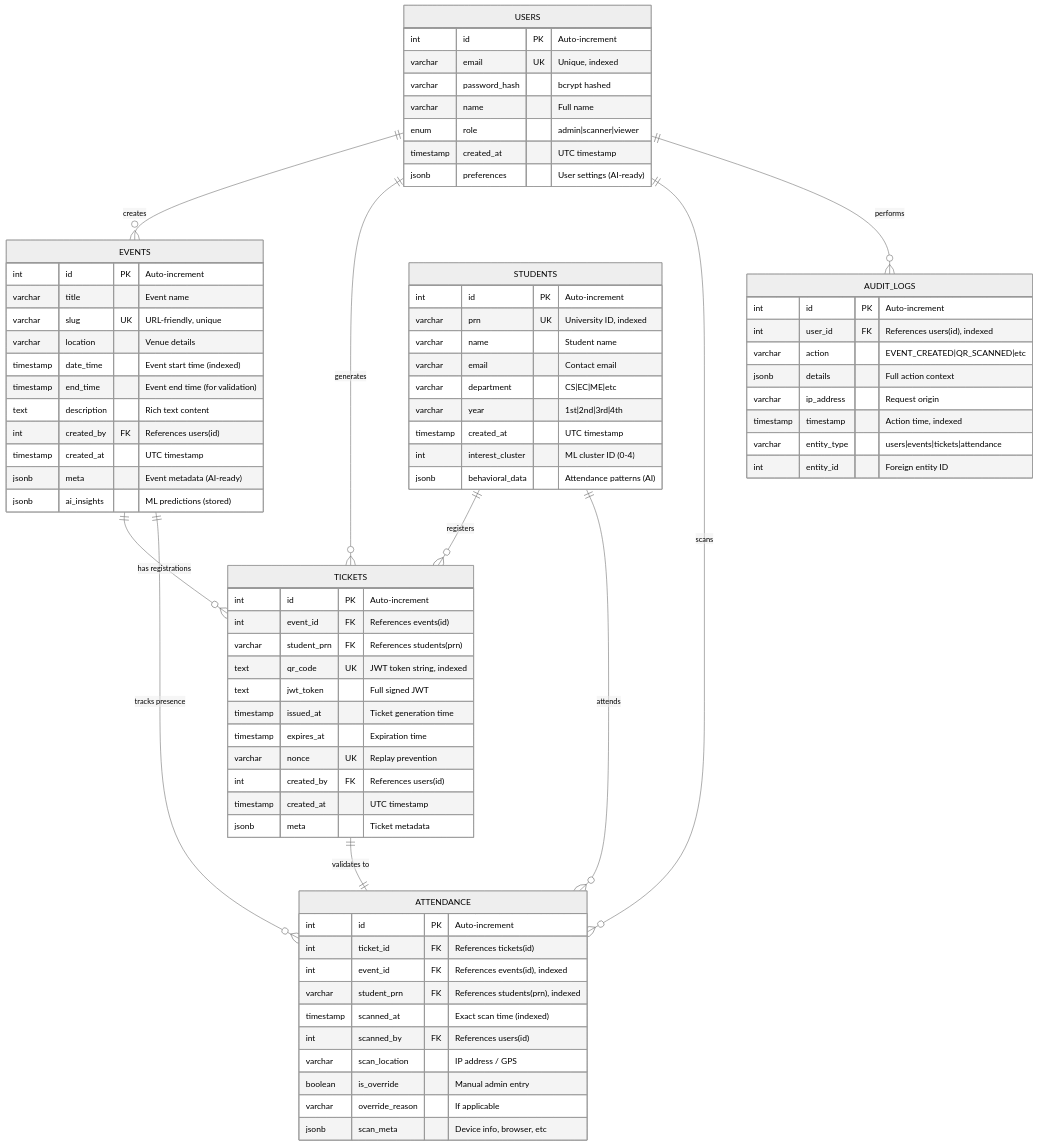
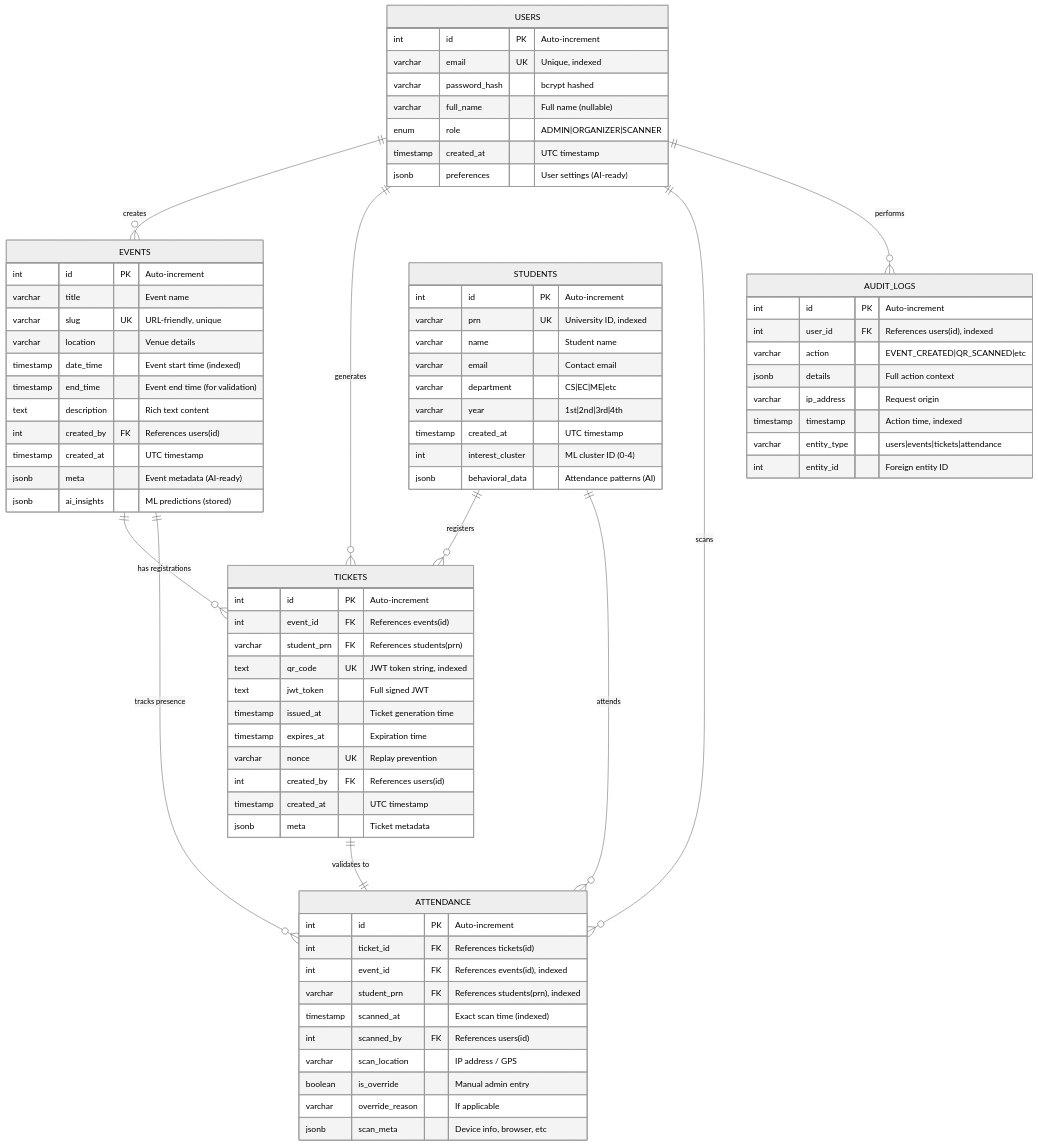
One commit to samarth3101/UniPass changed the fourth of 12 diagrams in UniPass_DOCS/DIAGRAMS.md. Above: the diagram before and after it, drawn with Mermaid (neutral theme). The commit also changed other lines of this file and 2 other files, not shown here.

```diff
--- a/UniPass_DOCS/DIAGRAMS.md
+++ b/UniPass_DOCS/DIAGRAMS.md
@@ -338,8 +338,8 @@
         int id PK "Auto-increment"
         varchar email UK "Unique, indexed"
         varchar password_hash "bcrypt hashed"
-        varchar name "Full name"
-        enum role "admin|scanner|viewer"
+        varchar full_name "Full name (nullable)"
+        enum role "ADMIN|ORGANIZER|SCANNER"
         timestamp created_at "UTC timestamp"
         jsonb preferences "User settings (AI-ready)"
     }
```
